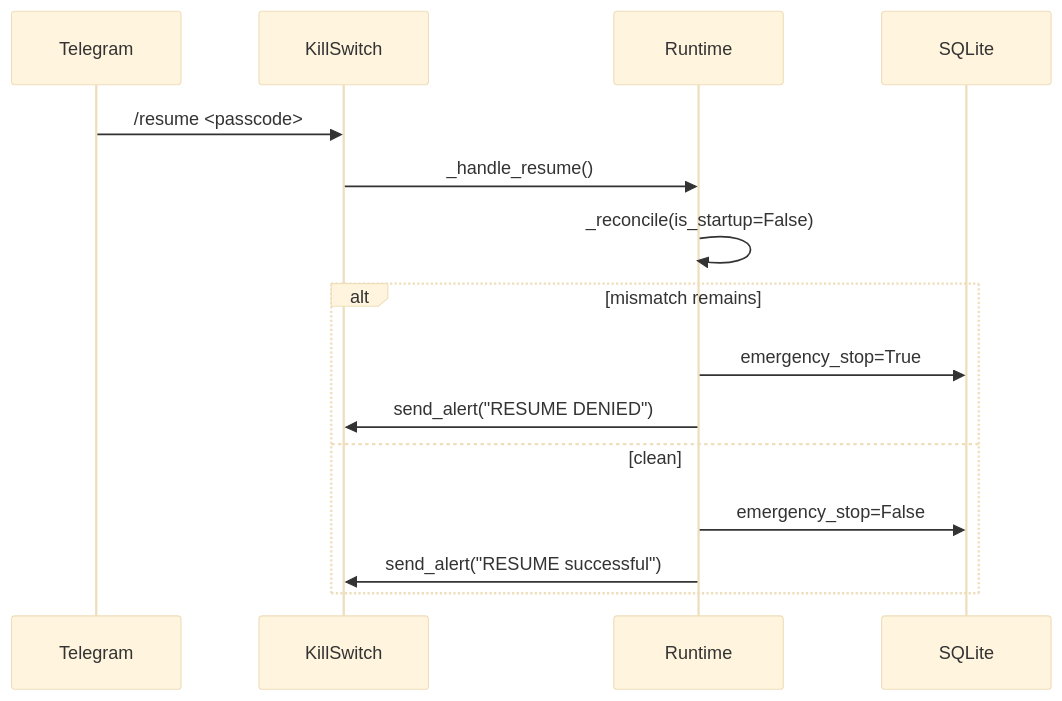
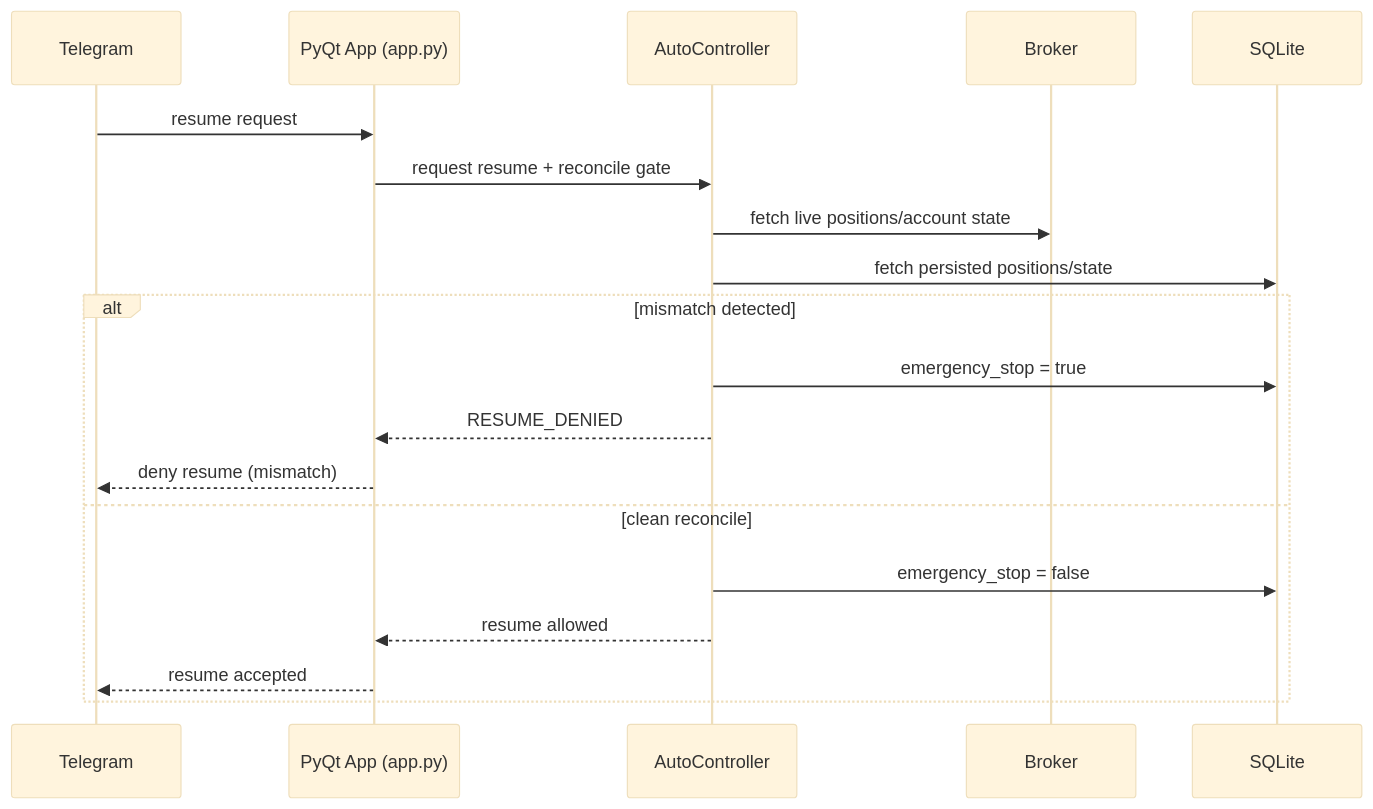
The second of 2 diagrams in README.md (GlitchOrb/test_Infinite-Purchase), drawn with Mermaid (base theme) before and after one commit. The commit also changed other lines of this file and 33 other files, not shown here.

Commit message:
Docs: align README with current app.py architecture and safety flow

````diff
--- a/README.md
+++ b/README.md
@@ -201,18 +122,22 @@
 ```mermaid
 sequenceDiagram
   participant TG as Telegram
-  participant KS as KillSwitch
-  participant RT as Runtime
+  participant APP as PyQt App (app.py)
+  participant AC as AutoController
+  participant BR as Broker
   participant DB as SQLite
 
-  TG->>KS: /resume <passcode>
-  KS->>RT: _handle_resume()
-  RT->>RT: _reconcile(is_startup=False)
-  alt mismatch remains
-    RT->>DB: emergency_stop=True
-    RT->>KS: send_alert("RESUME DENIED")
-  else clean
-    RT->>DB: emergency_stop=False
-    RT->>KS: send_alert("RESUME successful")
+  TG->>APP: resume request
+  APP->>AC: request resume + reconcile gate
+  AC->>BR: fetch live positions/account state
+  AC->>DB: fetch persisted positions/state
+  alt mismatch detected
+    AC->>DB: emergency_stop = true
+    AC-->>APP: RESUME_DENIED
+    APP-->>TG: deny resume (mismatch)
+  else clean reconcile
+    AC->>DB: emergency_stop = false
+    AC-->>APP: resume allowed
+    APP-->>TG: resume accepted
   end
 ```
````
